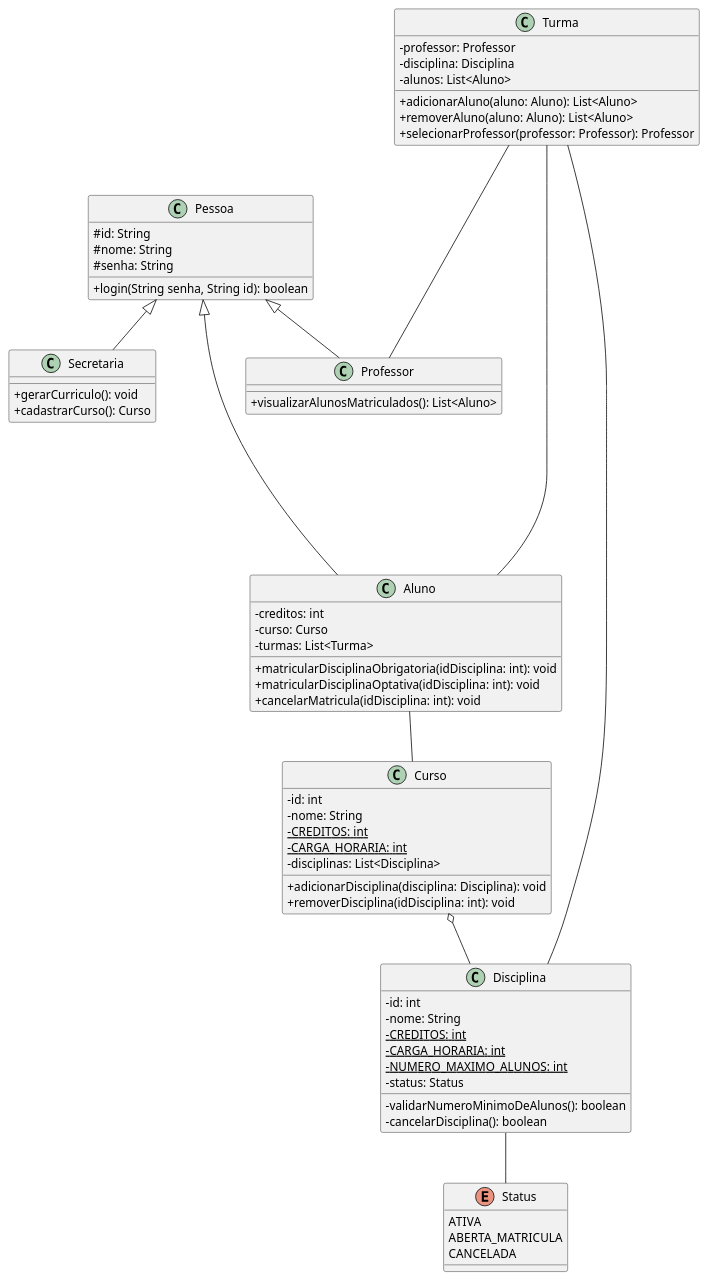
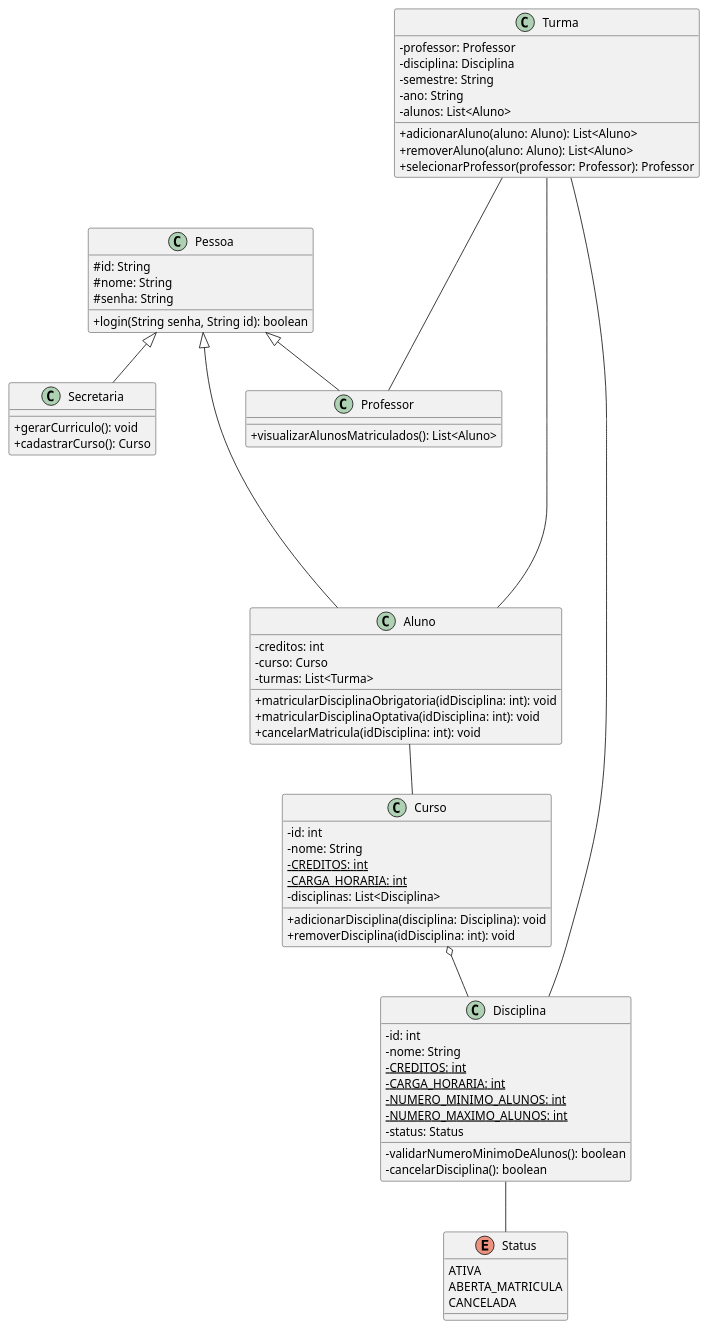
The diagram in projeto/diagramaDeClasse/diagramaDeClasse.puml (AugustoNoronha/labDevSoftware), drawn with PlantUML before and after one commit.

Commit message:
Docs: Atualizando atributos da Classe Turma e da classe Disciplina no diagramaDeClasse.puml

```diff
--- a/projeto/diagramaDeClasse/diagramaDeClasse.puml
+++ b/projeto/diagramaDeClasse/diagramaDeClasse.puml
@@ -3,79 +3,82 @@
 @startuml
 skinparam classAttributeIconSize 0
 
 class Pessoa {
 #id: String
 #nome: String
 #senha: String
 +login(String senha, String id): boolean
 }
 
 Pessoa <|-- Secretaria
 Pessoa <|-- Aluno
 Pessoa <|-- Professor
 
 class Secretaria {
 +gerarCurriculo(): void
 +cadastrarCurso(): Curso
 }
 
 class Aluno  {
 -creditos: int
 -curso: Curso
 -turmas: List<Turma>
 +matricularDisciplinaObrigatoria(idDisciplina: int): void
 +matricularDisciplinaOptativa(idDisciplina: int): void
 +cancelarMatricula(idDisciplina: int): void
 }
 
 class Professor  {
 +visualizarAlunosMatriculados(): List<Aluno>
 }
 
 class Curso {
 -id: int
 -nome: String
 -CREDITOS: int {static}
 -CARGA_HORARIA: int {static}
 -disciplinas: List<Disciplina>
 +adicionarDisciplina(disciplina: Disciplina): void
 +removerDisciplina(idDisciplina: int): void
 }
 
 class Disciplina {
 -id: int
 -nome: String
 -CREDITOS: int {static}
 -CARGA_HORARIA: int {static}
+-NUMERO_MINIMO_ALUNOS: int {static}
 -NUMERO_MAXIMO_ALUNOS: int {static}
 -status: Status
 -validarNumeroMinimoDeAlunos(): boolean
 -cancelarDisciplina(): boolean
 }
 
 class Turma{
 -professor: Professor
 -disciplina: Disciplina
+-semestre: String
+-ano: String
 -alunos: List<Aluno>
 +adicionarAluno(aluno: Aluno): List<Aluno>
 +removerAluno(aluno: Aluno): List<Aluno>
 +selecionarProfessor(professor: Professor): Professor
 }
 
 enum Status{
 ATIVA
 ABERTA_MATRICULA
 CANCELADA
 }
 
 Curso o-- Disciplina
 
 Aluno -- Curso
 
 Turma -- Disciplina
 Turma --- Professor
 Turma ------ Aluno
 
 Disciplina -- Status
 
 @enduml
```
